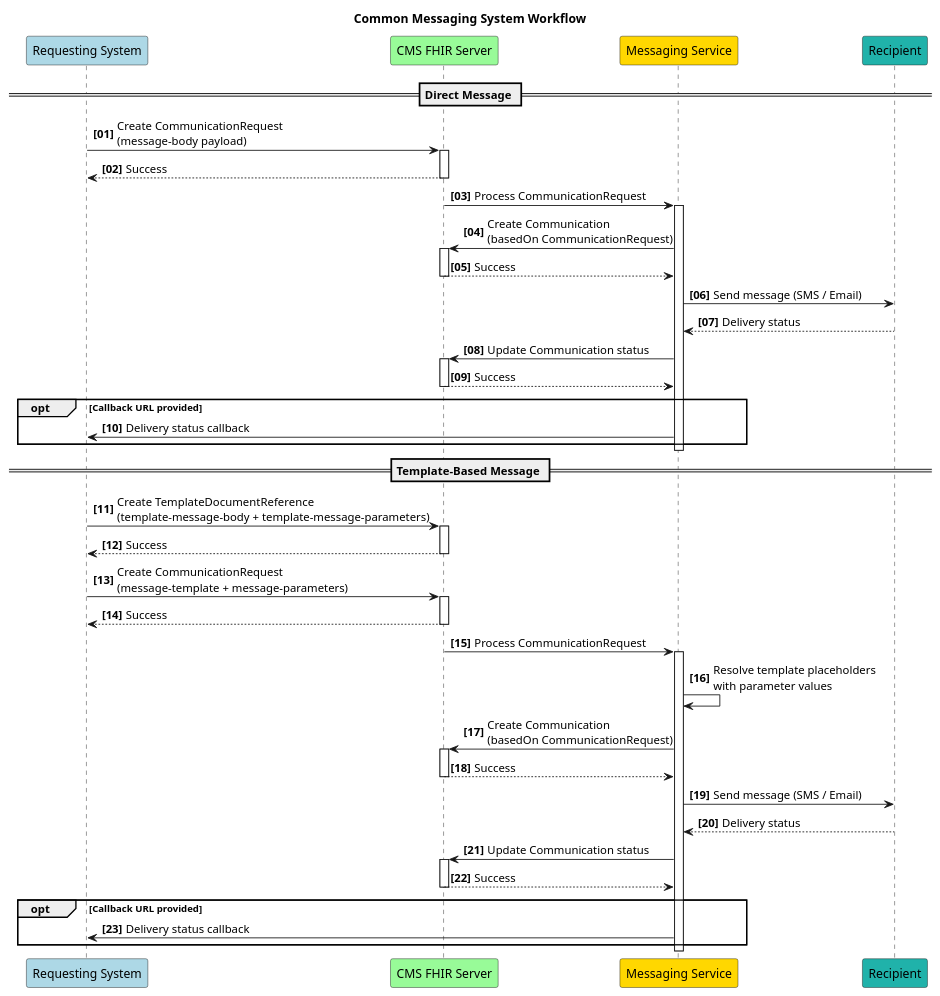
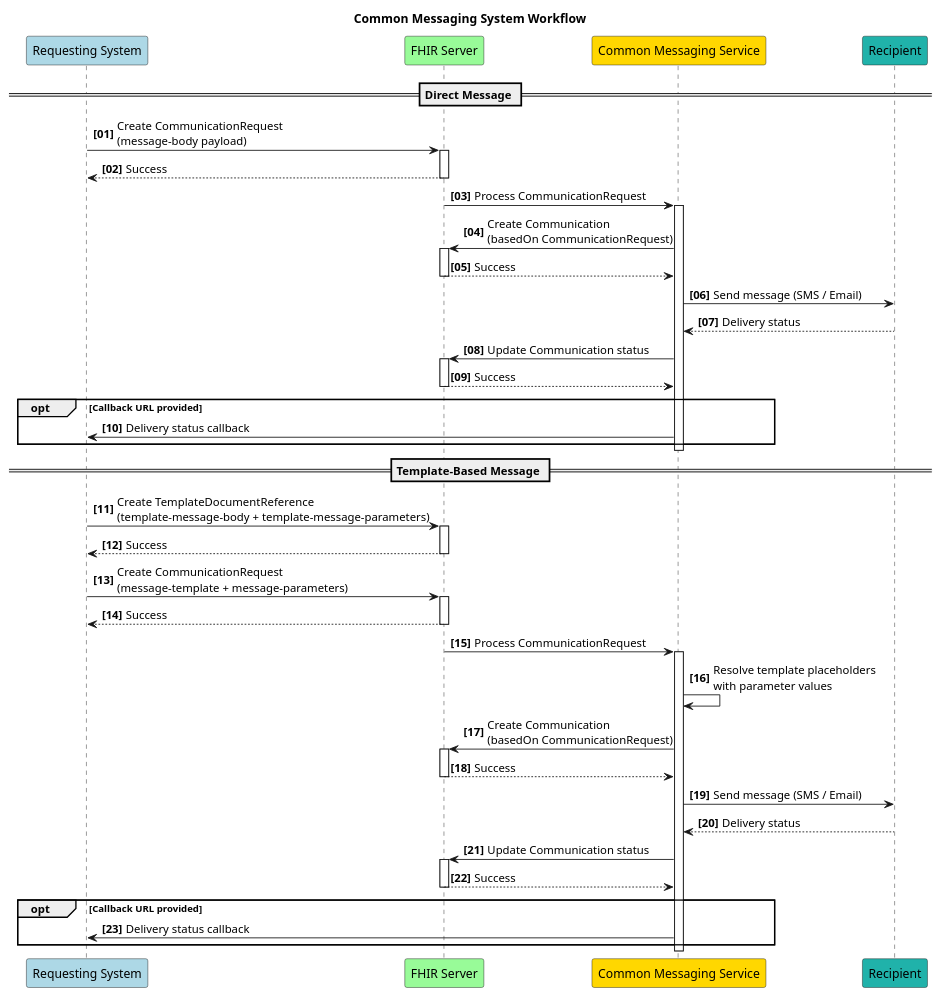
The diagram in input/images-source/cms-workflow.plantuml (tewhatuora/cinc-fhir-ig), drawn with PlantUML before and after one commit. The commit also changed 3 other files, not shown here.

```diff
--- a/input/images-source/cms-workflow.plantuml
+++ b/input/images-source/cms-workflow.plantuml
@@ -1,62 +1,62 @@
 @startuml
 autonumber "<b>[00]"
 Participant "Requesting System" as r #lightblue
-participant "CMS FHIR Server" as s #palegreen
-participant "Messaging Service" as m #gold
+participant "FHIR Server" as s #palegreen
+participant "Common Messaging Service" as m #gold
 Participant "Recipient" as rec #LightSeaGreen
 
 title Common Messaging System Workflow
 
 == Direct Message ==
 
 r -> s++: Create CommunicationRequest\n(message-body payload)
 s --> r: Success
 deactivate s
 
 s -> m++: Process CommunicationRequest
 m -> s++: Create Communication\n(basedOn CommunicationRequest)
 s --> m: Success
 deactivate s
 
 m -> rec: Send message (SMS / Email)
 rec --> m: Delivery status
 
 m -> s++: Update Communication status
 s --> m: Success
 deactivate s
 
 opt Callback URL provided
   m -> r: Delivery status callback
 end
 deactivate m
 
 == Template-Based Message ==
 
 r -> s++: Create TemplateDocumentReference\n(template-message-body + template-message-parameters)
 s --> r: Success
 deactivate s
 
 r -> s++: Create CommunicationRequest\n(message-template + message-parameters)
 s --> r: Success
 deactivate s
 
 s -> m++: Process CommunicationRequest
 m -> m: Resolve template placeholders\nwith parameter values
 
 m -> s++: Create Communication\n(basedOn CommunicationRequest)
 s --> m: Success
 deactivate s
 
 m -> rec: Send message (SMS / Email)
 rec --> m: Delivery status
 
 m -> s++: Update Communication status
 s --> m: Success
 deactivate s
 
 opt Callback URL provided
   m -> r: Delivery status callback
 end
 deactivate m
 
 @enduml
```
